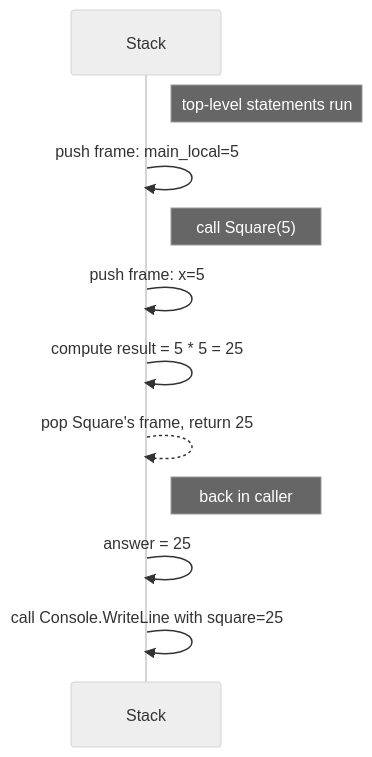
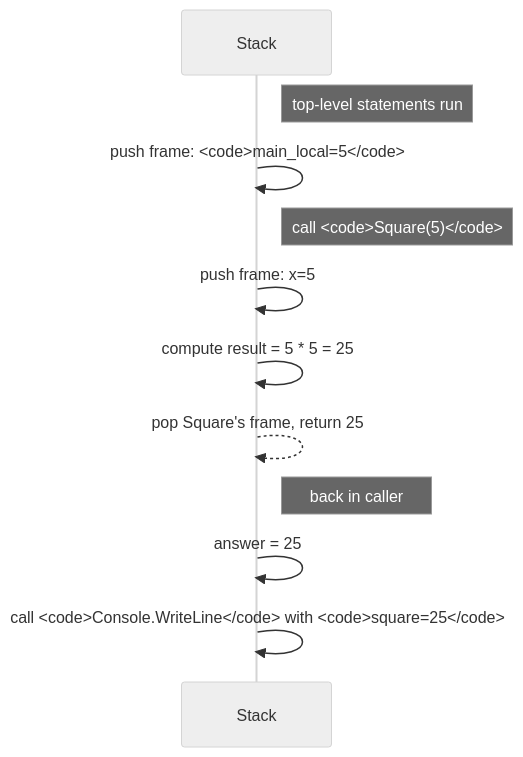
The fourth of 5 diagrams in content/courses/intro-modern-csharp/how-programs-execute.mdx (dataslope/dataslope), drawn with Mermaid (neutral theme) before and after one commit. The commit also changed other lines of this file and 65 other files, not shown here.

First line of the commit message:
Set code in every mermaid label in the mono face

````diff
--- a/content/courses/intro-modern-csharp/how-programs-execute.mdx
+++ b/content/courses/intro-modern-csharp/how-programs-execute.mdx
@@ -237,13 +237,13 @@
 ```mermaid
 sequenceDiagram
     participant Stack as Stack
     Note right of Stack: top-level statements run
-    Stack->>Stack: push frame: main_local=5
-    Note right of Stack: call Square(5)
+    Stack->>Stack: push frame: <code>main_local=5</code>
+    Note right of Stack: call <code>Square(5)</code>
     Stack->>Stack: push frame: x=5
     Stack->>Stack: compute result = 5 * 5 = 25
     Stack-->>Stack: pop Square's frame, return 25
     Note right of Stack: back in caller
     Stack->>Stack: answer = 25
-    Stack->>Stack: call Console.WriteLine with square=25
+    Stack->>Stack: call <code>Console.WriteLine</code> with <code>square=25</code>
 ```
````
